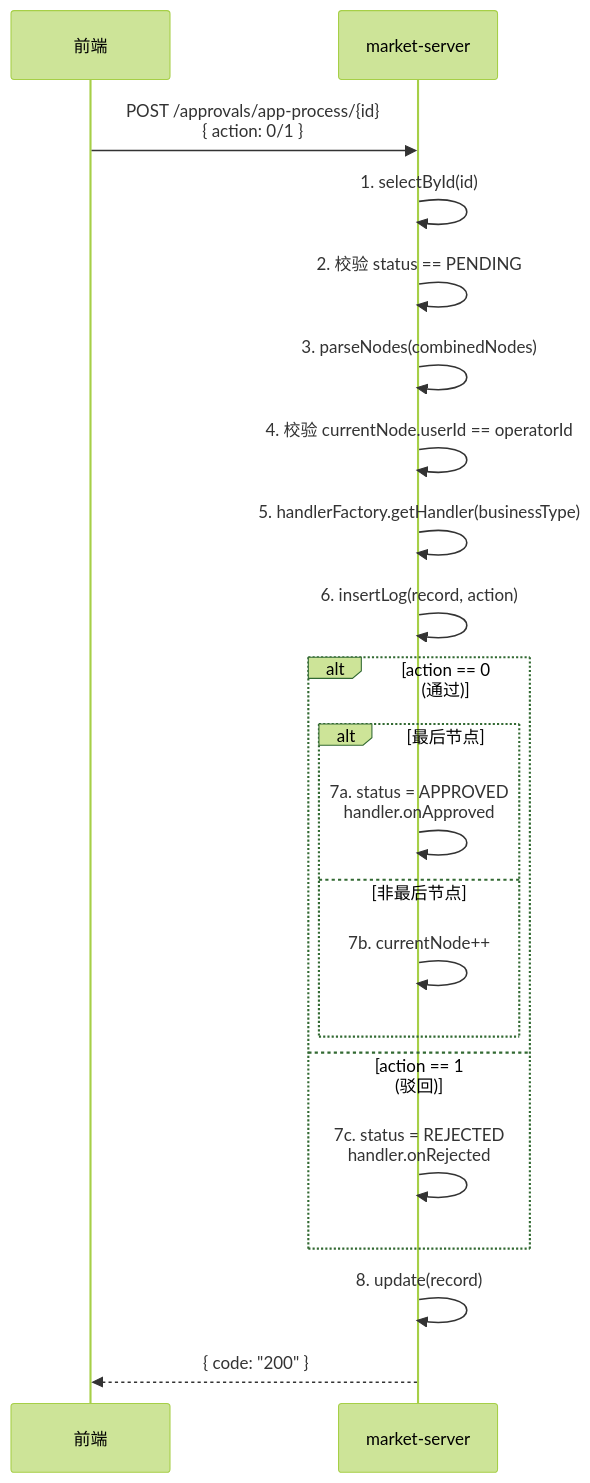
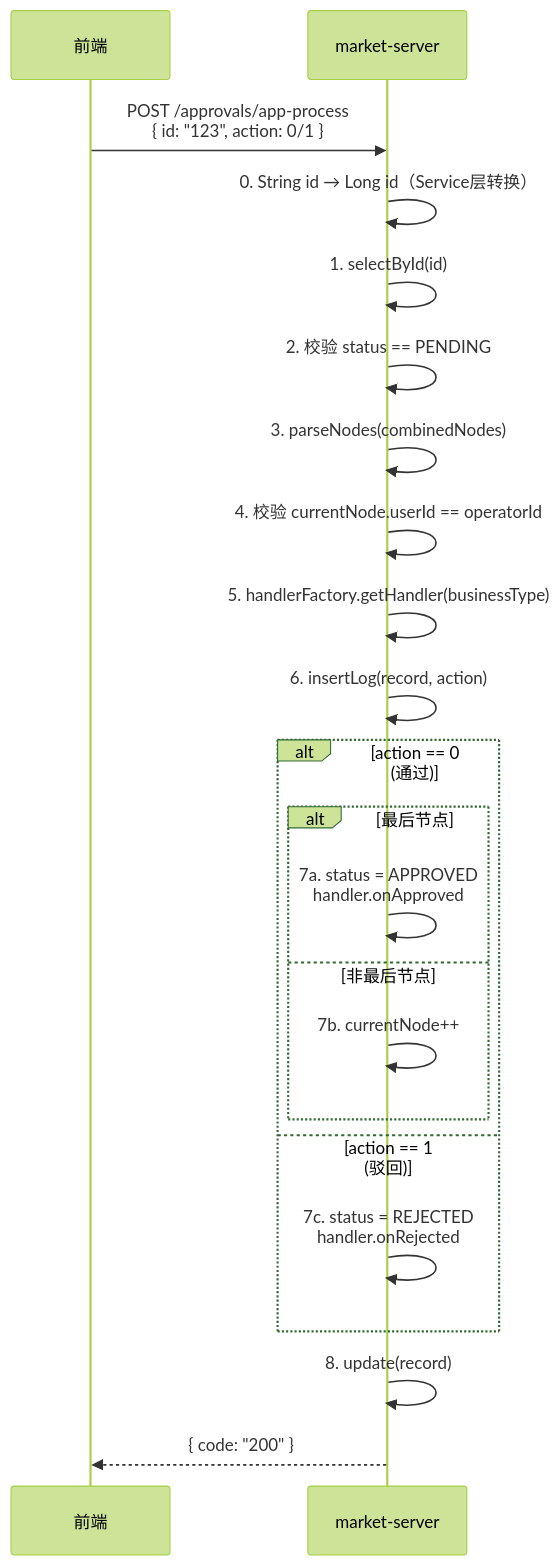
One commit to THZSummer/open-app changed the sixth of 7 diagrams in docs/market-server/approval-management-requirement.md. Above: the diagram before and after it, drawn with Mermaid (forest theme). The commit also changed other lines of this file and 1 other file, not shown here.

````diff
--- a/docs/market-server/approval-management-requirement.md
+++ b/docs/market-server/approval-management-requirement.md
@@ -554,24 +554,25 @@
 ```mermaid
 sequenceDiagram
     participant FE as 前端
     participant MS as market-server
 
-    FE->>MS: POST /approvals/app-process/{id}<br/>{ action: 0/1 }
+    FE->>MS: POST /approvals/app-process<br/>{ id: "123", action: 0/1 }
+    MS->>MS: 0. String id → Long id（Service层转换）
     MS->>MS: 1. selectById(id)
     MS->>MS: 2. 校验 status == PENDING
     MS->>MS: 3. parseNodes(combinedNodes)
     MS->>MS: 4. 校验 currentNode.userId == operatorId
     MS->>MS: 5. handlerFactory.getHandler(businessType)
     MS->>MS: 6. insertLog(record, action)
     alt action == 0 (通过)
         alt 最后节点
             MS->>MS: 7a. status = APPROVED<br/>handler.onApproved
         else 非最后节点
             MS->>MS: 7b. currentNode++
         end
     else action == 1 (驳回)
         MS->>MS: 7c. status = REJECTED<br/>handler.onRejected
     end
     MS->>MS: 8. update(record)
     MS-->>FE: { code: "200" }
 ```
````
